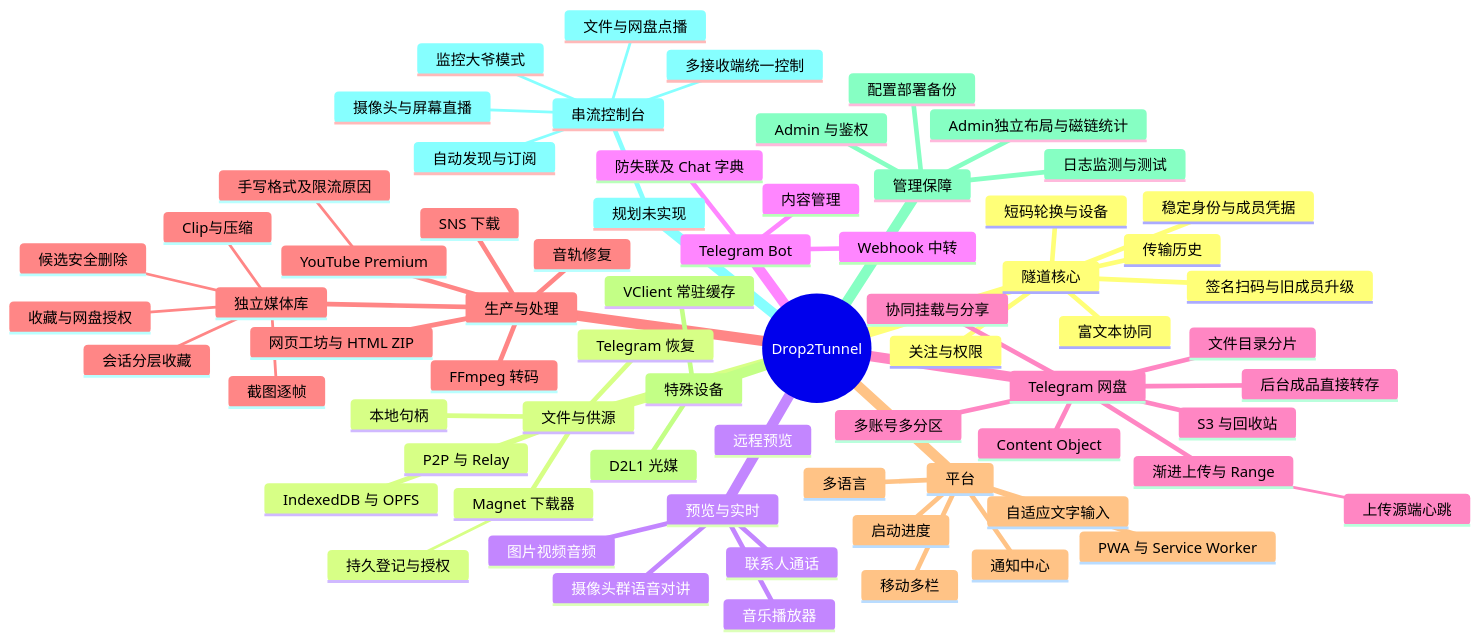
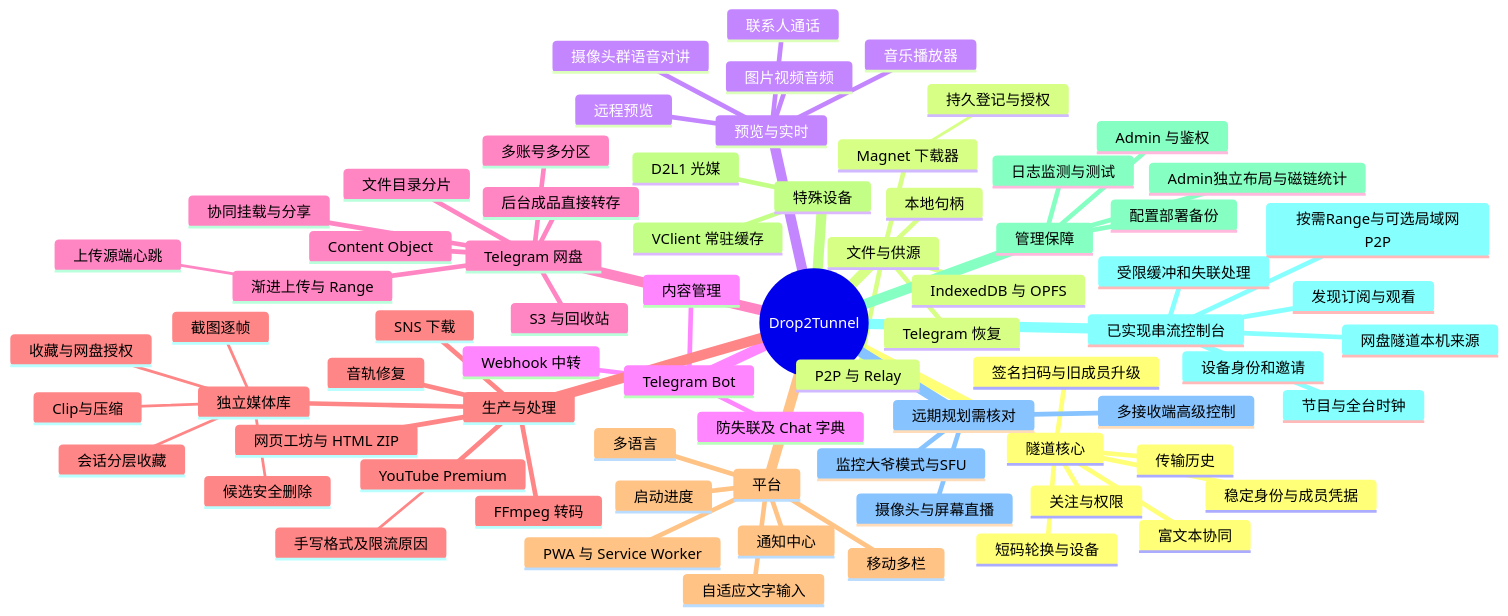
One commit to Ltre/file-tunnel changed the diagram in docs/overview/feature-mindmaps/README.md. Above: the diagram before and after it, drawn with Mermaid. The commit also changed other lines of this file, not shown here.

Commit message:
docs: reconcile streaming historical plan map with current implemented feature

````diff
--- a/docs/overview/feature-mindmaps/README.md
+++ b/docs/overview/feature-mindmaps/README.md
@@ -13,72 +13,76 @@
 ```mermaid
 mindmap
   root((Drop2Tunnel))
     隧道核心
       稳定身份与成员凭据
       短码轮换与设备
       签名扫码与旧成员升级
       传输历史
       富文本协同
       关注与权限
     文件与供源
       P2P 与 Relay
       IndexedDB 与 OPFS
       本地句柄
       Telegram 恢复
       Magnet 下载器
         持久登记与授权
     预览与实时
       图片视频音频
       音乐播放器
       摄像头群语音对讲
       联系人通话
       远程预览
     Telegram Bot
       Webhook 中转
       内容管理
       防失联及 Chat 字典
     Telegram 网盘
       多账号多分区
       文件目录分片
       Content Object
       渐进上传与 Range
         上传源端心跳
       后台成品直接转存
       协同挂载与分享
       S3 与回收站
     生产与处理
       独立媒体库
         截图逐帧
         Clip与压缩
         候选安全删除
         会话分层收藏
         收藏与网盘授权
       SNS 下载
       YouTube Premium
         手写格式及限流原因
       音轨修复
       FFmpeg 转码
       网页工坊与 HTML ZIP
     平台
       PWA 与 Service Worker
       移动多栏
       多语言
       通知中心
       启动进度
       自适应文字输入
     特殊设备
       D2L1 光媒
       VClient 常驻缓存
     管理保障
       Admin独立布局与磁链统计
       Admin 与鉴权
       配置部署备份
       日志监测与测试
-    规划未实现
-      串流控制台
-        自动发现与订阅
-        文件与网盘点播
-        摄像头与屏幕直播
-        多接收端统一控制
-        监控大爷模式
+    已实现串流控制台
+      设备身份和邀请
+      节目与全台时钟
+      发现订阅与观看
+      网盘隧道本机来源
+      按需Range与可选局域网P2P
+      受限缓冲和失联处理
+    远期规划需核对
+      摄像头与屏幕直播
+      多接收端高级控制
+      监控大爷模式与SFU
 ```
````
